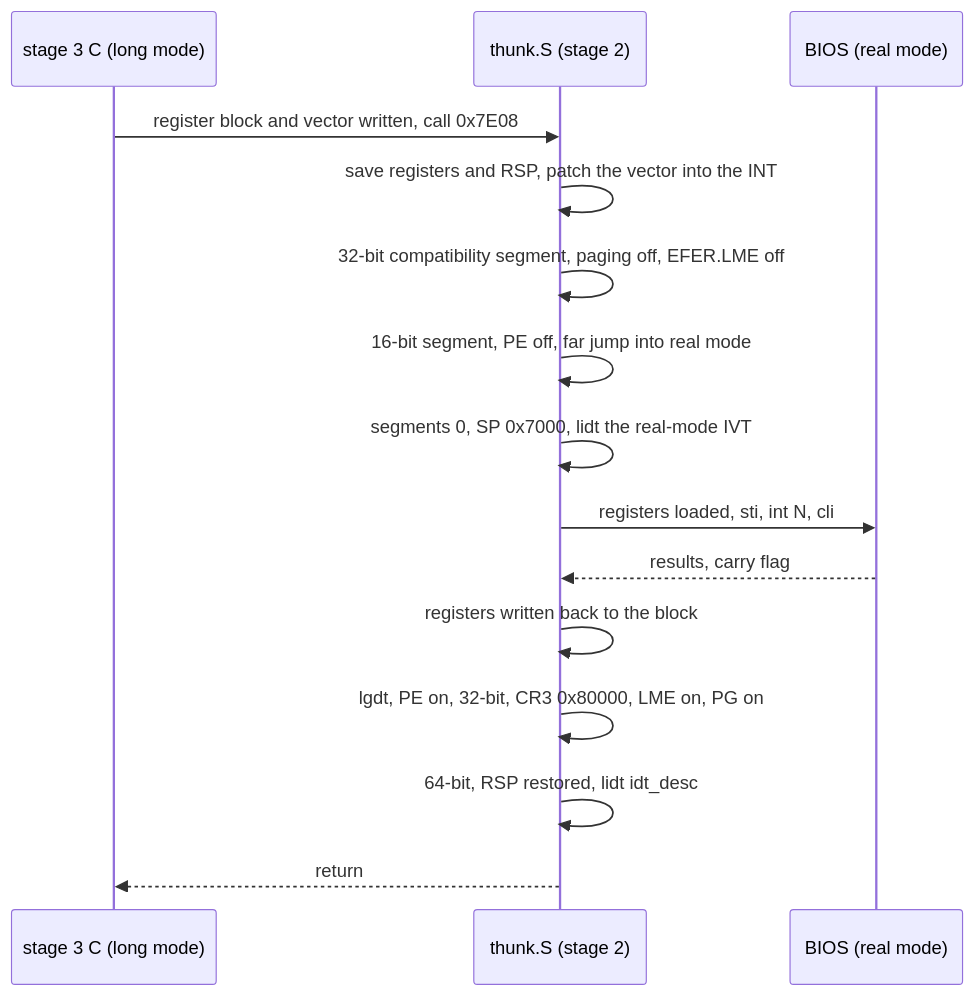
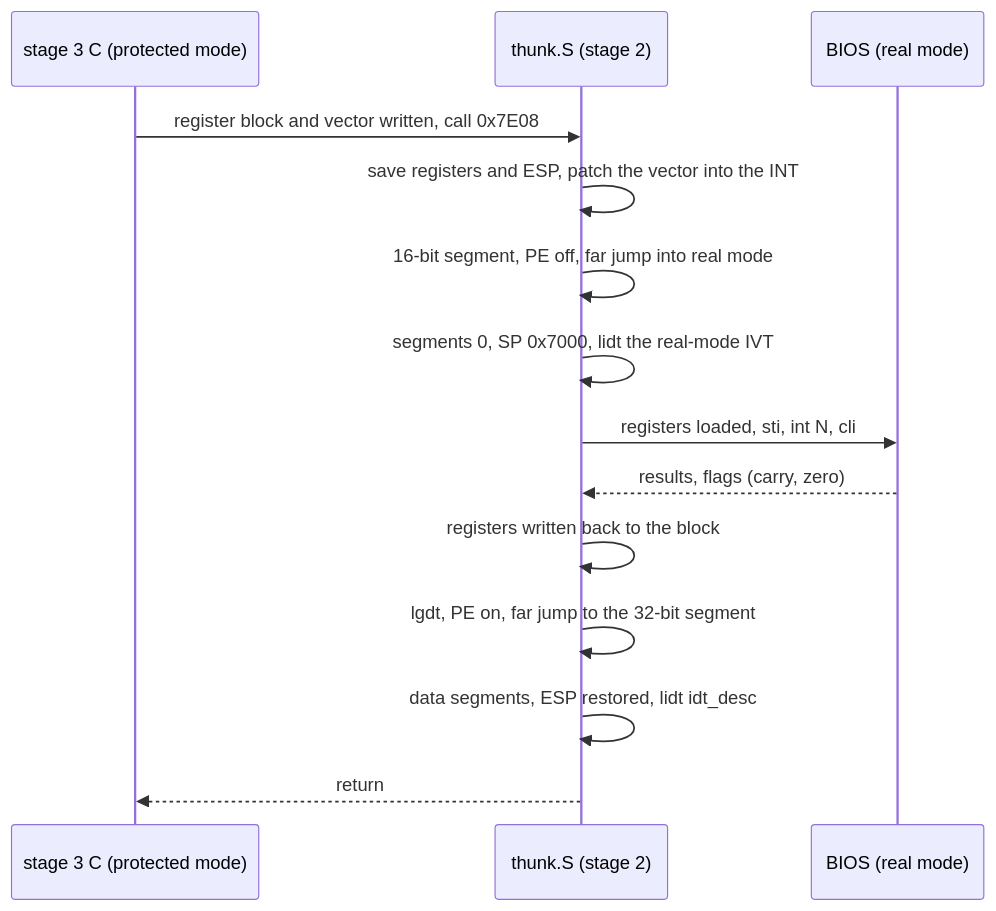
Diagram 14 of 22 in docs/DESIGN.md (vifair22/falcon-boot), drawn with Mermaid before and after one commit. The commit also changed other lines of this file and 3 other files, not shown here.

````diff
--- a/docs/DESIGN.md
+++ b/docs/DESIGN.md
@@ -2953,17 +2973,16 @@
 ```mermaid
 sequenceDiagram
-    participant C as stage 3 C (long mode)
+    participant C as stage 3 C (protected mode)
     participant T as thunk.S (stage 2)
     participant B as BIOS (real mode)
     C->>T: register block and vector written, call 0x7E08
-    T->>T: save registers and RSP, patch the vector into the INT
-    T->>T: 32-bit compatibility segment, paging off, EFER.LME off
+    T->>T: save registers and ESP, patch the vector into the INT
     T->>T: 16-bit segment, PE off, far jump into real mode
     T->>T: segments 0, SP 0x7000, lidt the real-mode IVT
     T->>B: registers loaded, sti, int N, cli
-    B-->>T: results, carry flag
+    B-->>T: results, flags (carry, zero)
     T->>T: registers written back to the block
-    T->>T: lgdt, PE on, 32-bit, CR3 0x80000, LME on, PG on
-    T->>T: 64-bit, RSP restored, lidt idt_desc
+    T->>T: lgdt, PE on, far jump to the 32-bit segment
+    T->>T: data segments, ESP restored, lidt idt_desc
     T-->>C: return
 ```
````
